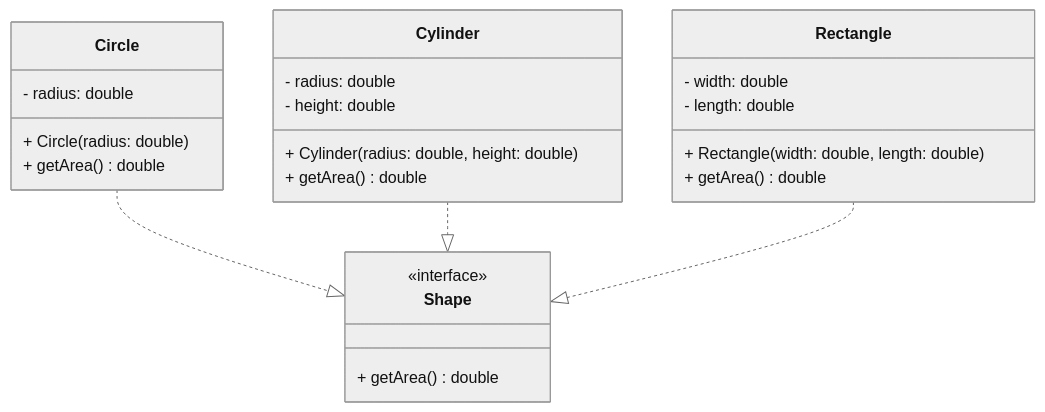
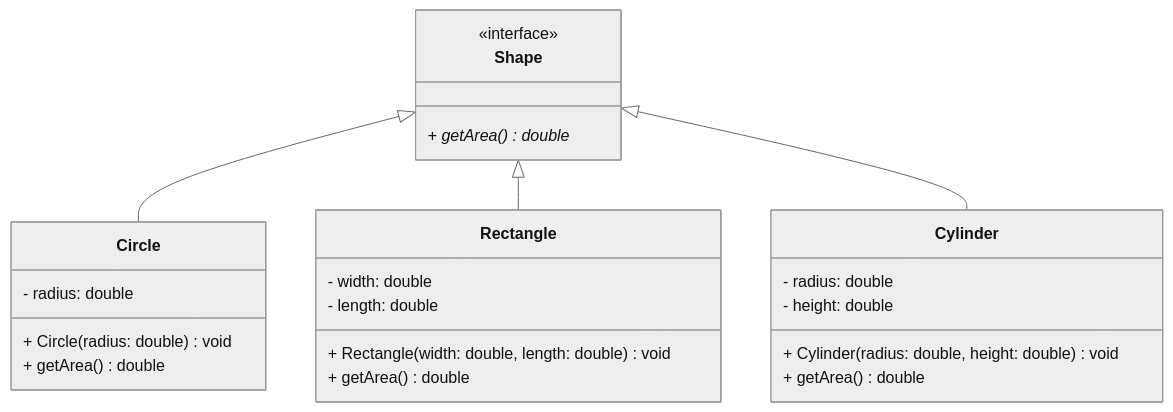
The diagram in CSE203/lab3/2331200204_Nguyen Ba Minh Sang_lab3_problem3/2331200204_Nguyen Ba Minh Sang_lab3_problem3.mmd (ngsang149dev/CIT-EIU), drawn with Mermaid (neutral theme) before and after one commit. The commit also changed other lines of this file and 60 other files, not shown here.

```diff
--- a/CSE203/lab3/2331200204_Nguyen Ba Minh Sang_lab3_problem3/2331200204_Nguyen Ba Minh Sang_lab3_problem3.mmd
+++ b/CSE203/lab3/2331200204_Nguyen Ba Minh Sang_lab3_problem3/2331200204_Nguyen Ba Minh Sang_lab3_problem3.mmd
@@ -1,29 +1,29 @@
 classDiagram
     class Shape {
         <<interface>>
-        + getArea() double
+        + getArea()* double
     }
 
     class Circle {
         - radius: double
-        + Circle(radius: double)
+        + Circle(radius: double) void
         + getArea() double 
     }
 
     class Cylinder {
         - radius: double 
         - height: double
-        + Cylinder(radius: double, height: double) 
+        + Cylinder(radius: double, height: double)void
         + getArea() double
     }
 
     class Rectangle {
         - width: double 
         - length: double
-        + Rectangle(width: double, length: double)
+        + Rectangle(width: double, length: double)void
         + getArea() double
     }
 
-    Circle ..|> Shape
-    Cylinder ..|> Shape
-    Rectangle ..|> Shape
+    Shape <|-- Circle
+    Shape <|-- Rectangle
+    Shape <|-- Cylinder
```
